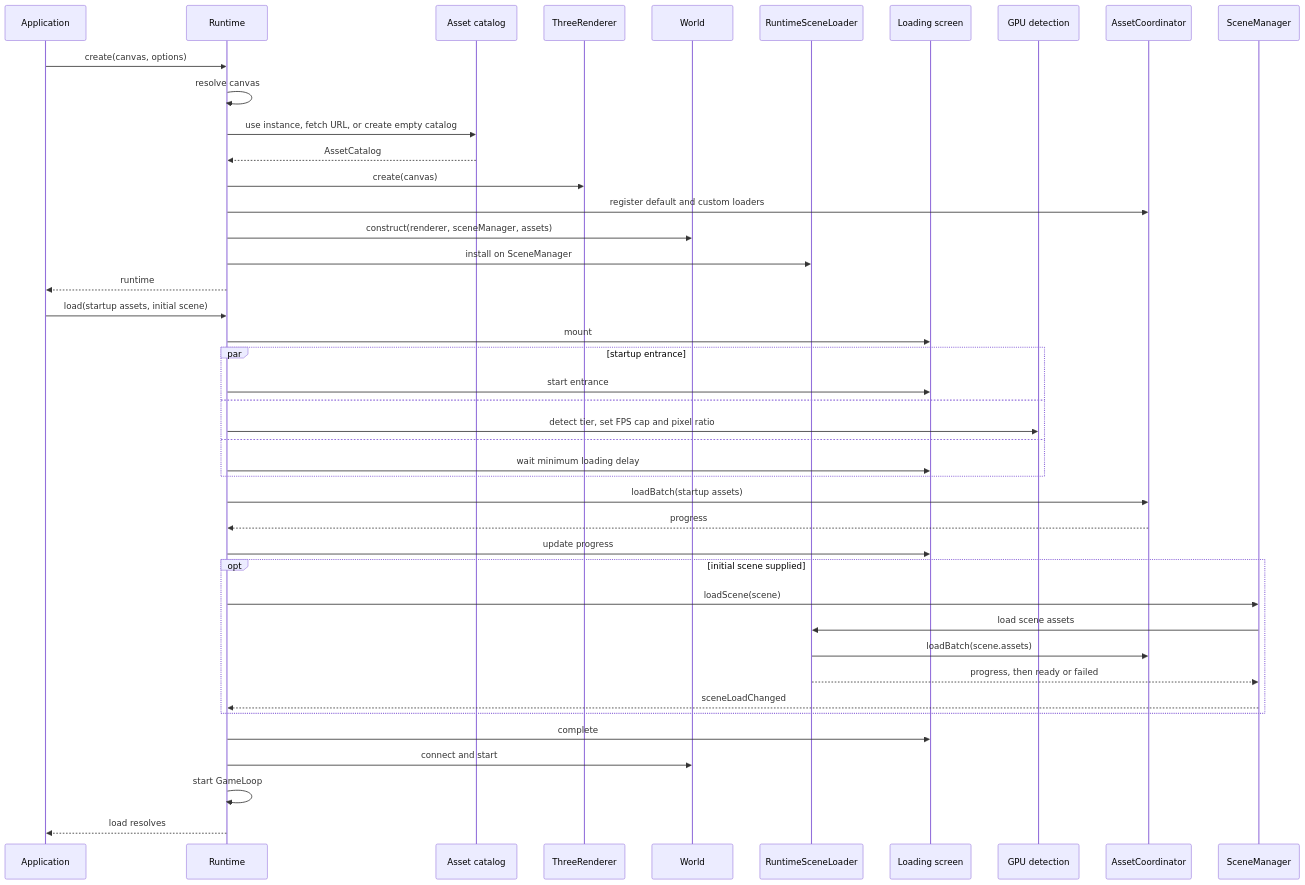
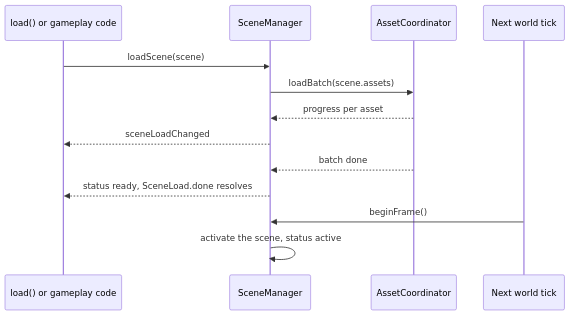
One commit to JollyPixel/editor changed the fifth of 9 diagrams in packages/runtime/ARCHITECTURE.md. Above: the diagram before and after it, drawn with Mermaid. The commit also changed other lines of this file and 43 other files, not shown here.

First line of the commit message:
Merge pull request #801 from JollyPixel/runtime-boundary

````diff
--- a/packages/runtime/ARCHITECTURE.md
+++ b/packages/runtime/ARCHITECTURE.md
@@ -70,47 +90,16 @@
 ```mermaid
 sequenceDiagram
-    participant App as Application
-    participant Runtime
-    participant Catalog as Asset catalog
-    participant Renderer as ThreeRenderer
-    participant World
-    participant Loader as RuntimeSceneLoader
-    participant Screen as Loading screen
-    participant GPU as GPU detection
+    participant Caller as load() or gameplay code
+    participant Scenes as SceneManager
     participant Assets as AssetCoordinator
-    participant Scenes as SceneManager
+    participant Tick as Next world tick
 
-    App->>Runtime: create(canvas, options)
-    Runtime->>Runtime: resolve canvas
-    Runtime->>Catalog: use instance, fetch URL, or create empty catalog
-    Catalog-->>Runtime: AssetCatalog
-    Runtime->>Renderer: create(canvas)
-    Runtime->>Assets: register default and custom loaders
-    Runtime->>World: construct(renderer, sceneManager, assets)
-    Runtime->>Loader: install on SceneManager
-    Runtime-->>App: runtime
-
-    App->>Runtime: load(startup assets, initial scene)
-    Runtime->>Screen: mount
-    par startup entrance
-        Runtime->>Screen: start entrance
-    and
-        Runtime->>GPU: detect tier, set FPS cap and pixel ratio
-    and
-        Runtime->>Screen: wait minimum loading delay
-    end
-    Runtime->>Assets: loadBatch(startup assets)
-    Assets-->>Runtime: progress
-    Runtime->>Screen: update progress
-    opt initial scene supplied
-        Runtime->>Scenes: loadScene(scene)
-        Scenes->>Loader: load scene assets
-        Loader->>Assets: loadBatch(scene.assets)
-        Loader-->>Scenes: progress, then ready or failed
-        Scenes-->>Runtime: sceneLoadChanged
-    end
-    Runtime->>Screen: complete
-    Runtime->>World: connect and start
-    Runtime->>Runtime: start GameLoop
-    Runtime-->>App: load resolves
+    Caller->>Scenes: loadScene(scene)
+    Scenes->>Assets: loadBatch(scene.assets)
+    Assets-->>Scenes: progress per asset
+    Scenes-->>Caller: sceneLoadChanged
+    Assets-->>Scenes: batch done
+    Scenes-->>Caller: status ready, SceneLoad.done resolves
+    Tick->>Scenes: beginFrame()
+    Scenes->>Scenes: activate the scene, status active
 ```
````
